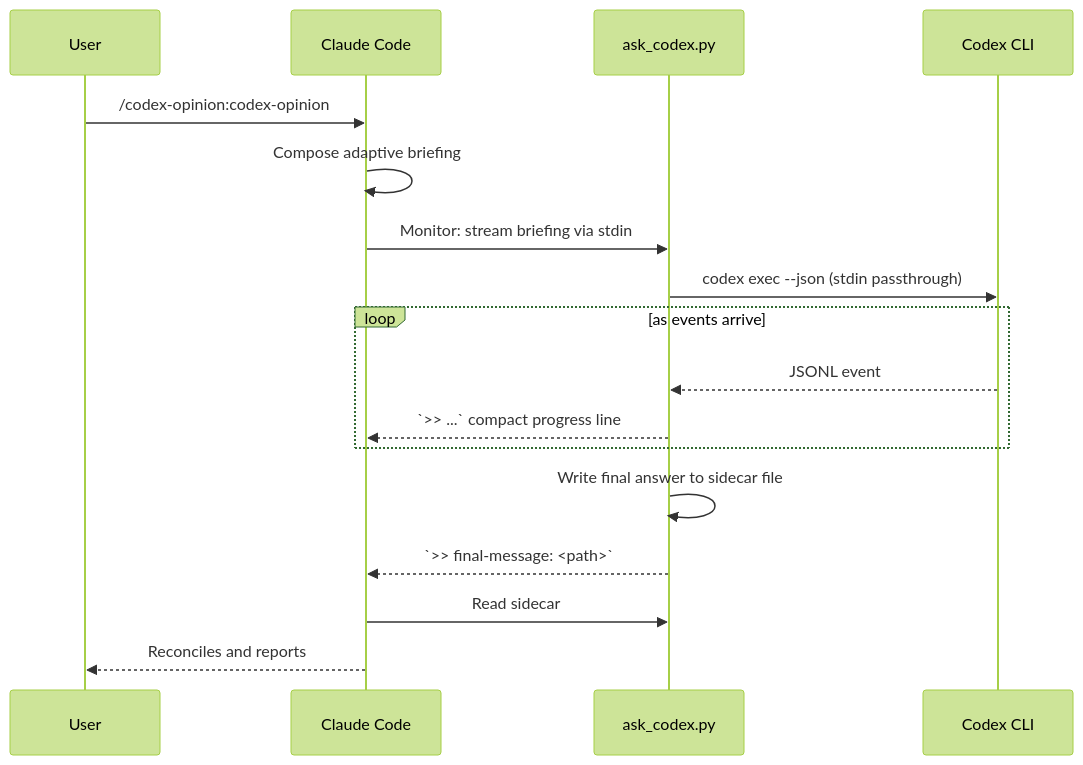
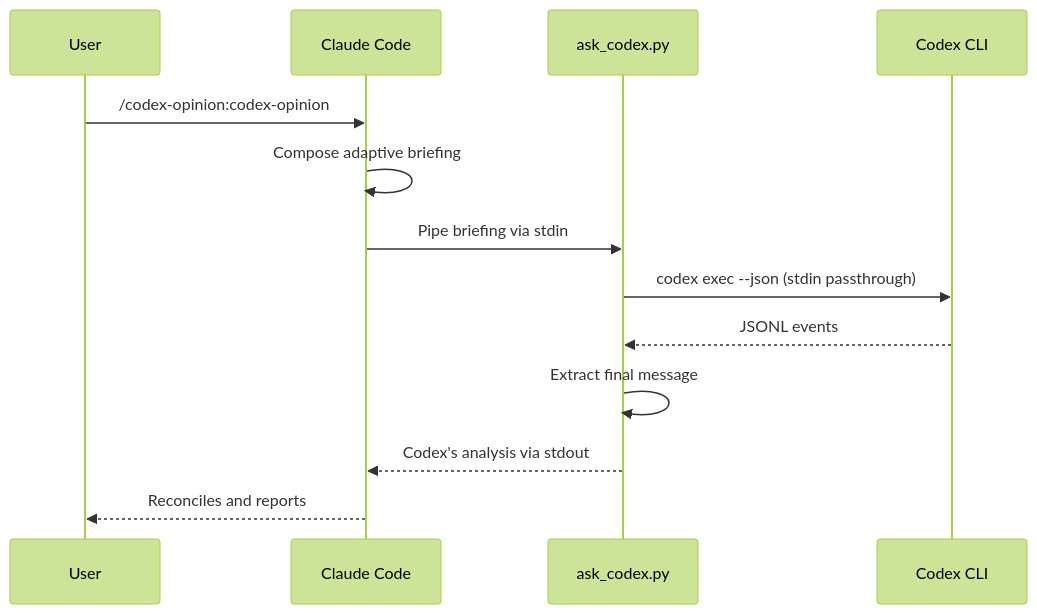
The diagram in README.md (ehzawad/codex-opinion), drawn with Mermaid (forest theme) before and after one commit. The commit also changed other lines of this file and 8 other files, not shown here.

````diff
--- a/README.md
+++ b/README.md
@@ -53,20 +51,16 @@
 ```mermaid
 sequenceDiagram
     participant U as User
     participant C as Claude Code
     participant S as ask_codex.py
     participant X as Codex CLI
 
     U->>C: /codex-opinion:codex-opinion
     C->>C: Compose adaptive briefing
-    C->>S: Monitor: stream briefing via stdin
+    C->>S: Pipe briefing via stdin
     S->>X: codex exec --json (stdin passthrough)
-    loop as events arrive
-        X-->>S: JSONL event
-        S-->>C: `>> ...` compact progress line
-    end
-    S->>S: Write final answer to sidecar file
-    S-->>C: `>> final-message: <path>`
-    C->>S: Read sidecar
+    X-->>S: JSONL events
+    S->>S: Extract final message
+    S-->>C: Codex's analysis via stdout
     C-->>U: Reconciles and reports
 ```
````
